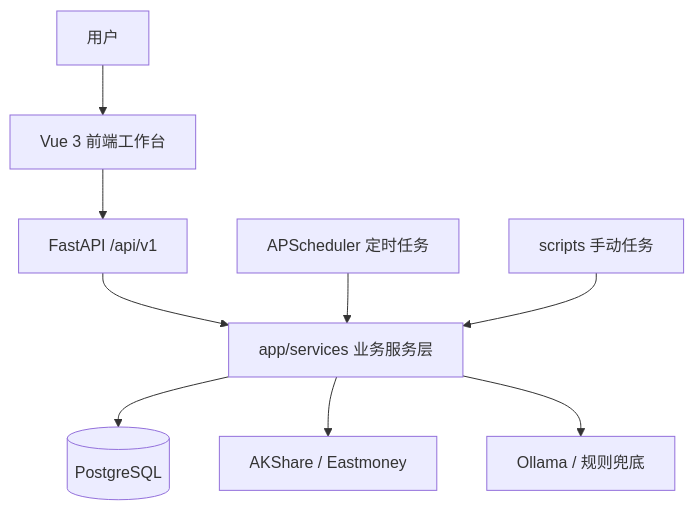
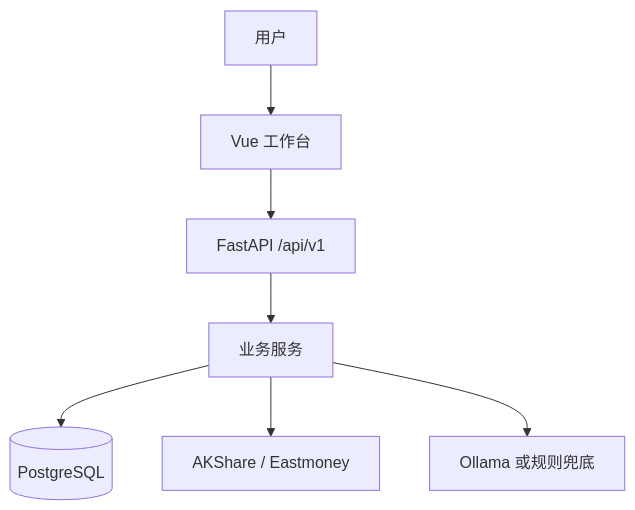
One commit to xerxescom/FundPilot changed the diagram in docs/architecture.md. Above: the diagram before and after it, drawn with Mermaid. The commit also changed other lines of this file and 27 other files, not shown here.

````diff
--- a/docs/architecture.md
+++ b/docs/architecture.md
@@ -7,11 +16,9 @@
 ```mermaid
-flowchart TB
-    User["用户"] --> Vue["Vue 3 前端工作台"]
+flowchart TD
+    User["用户"] --> Vue["Vue 工作台"]
     Vue --> API["FastAPI /api/v1"]
-    API --> Services["app/services 业务服务层"]
+    API --> Services["业务服务"]
     Services --> DB[("PostgreSQL")]
-    Services --> DataSource["AKShare / Eastmoney"]
-    Services --> AI["Ollama / 规则兜底"]
-    Scheduler["APScheduler 定时任务"] --> Services
-    Scripts["scripts 手动任务"] --> Services
+    Services --> Source["AKShare / Eastmoney"]
+    Services --> AI["Ollama 或规则兜底"]
 ```
````
